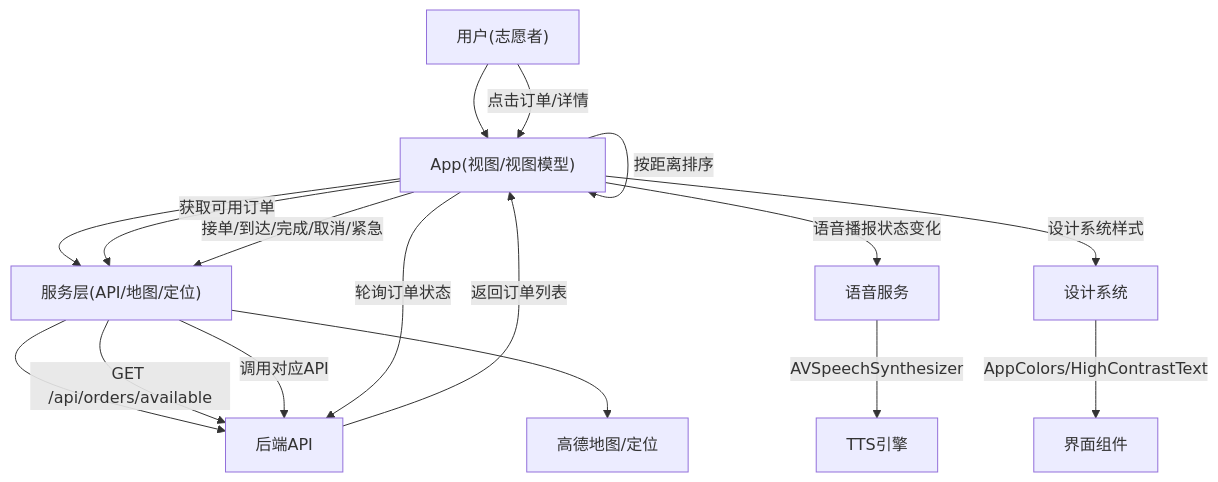
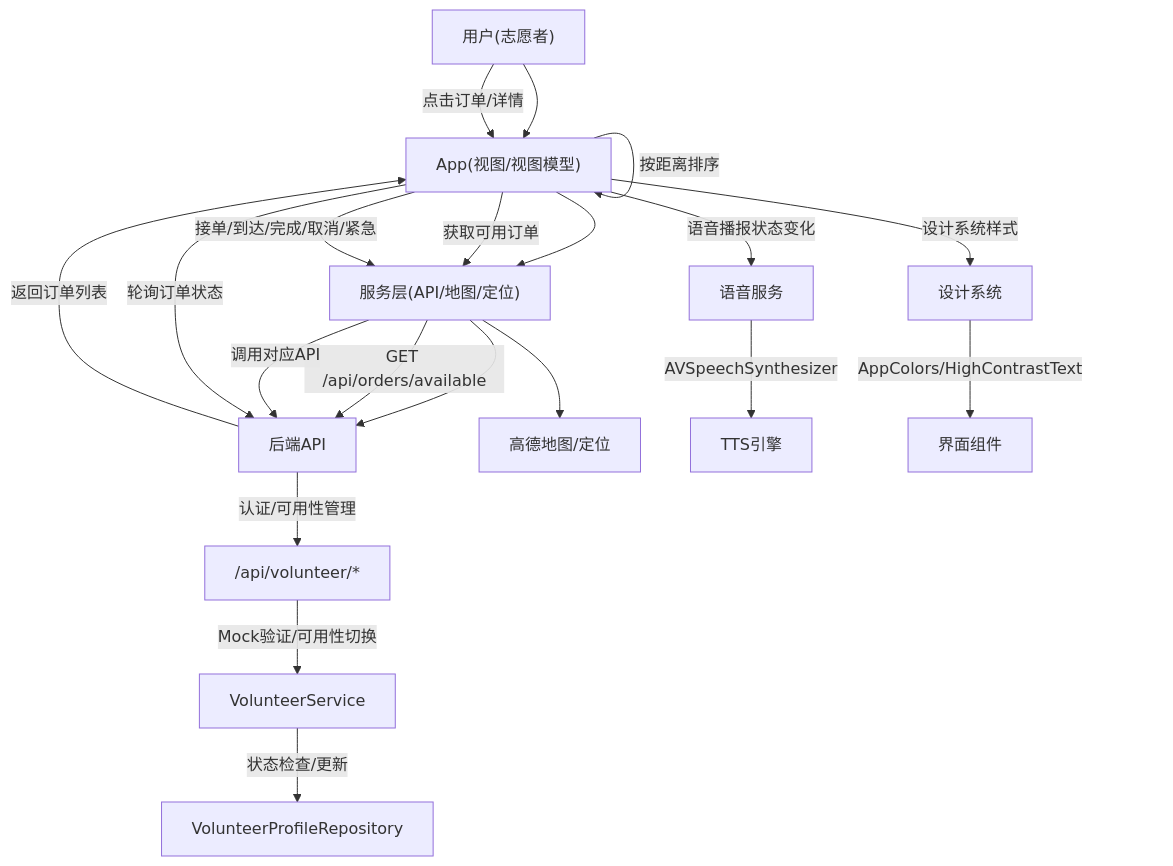
One commit to Jayden23018/blind-run-ios changed the second of 12 diagrams in .qoder/repowiki/zh/content/架构设计/模块化架构设计/Volunteer 志愿者模块.md. Above: the diagram before and after it, drawn with Mermaid. The commit also changed other lines of this file and 13 other files, not shown here.

Commit message:
Fix volunteer profile flow and acceptance guards

````diff
--- a/.qoder/repowiki/zh/content/架构设计/模块化架构设计/Volunteer 志愿者模块.md
+++ b/.qoder/repowiki/zh/content/架构设计/模块化架构设计/Volunteer 志愿者模块.md
@@ -112,19 +133,22 @@
 ```mermaid
 graph TB
 U["用户(志愿者)"] --> A["App(视图/视图模型)"]
 A --> S["服务层(API/地图/定位)"]
 S --> B["后端API"]
 S --> M["高德地图/定位"]
 A --> |"获取可用订单"| S
 S --> |"GET /api/orders/available"| B
 B --> |"返回订单列表"| A
 A --> |"按距离排序"| A
 U --> |"点击订单/详情"| A
 A --> |"接单/到达/完成/取消/紧急"| S
 S --> |"调用对应API"| B
 A --> |"轮询订单状态"| B
 A --> |"语音播报状态变化"| VS["语音服务"]
 VS --> |"AVSpeechSynthesizer"| TTS["TTS引擎"]
 A --> |"设计系统样式"| DS["设计系统"]
 DS --> |"AppColors/HighContrastText"| UI["界面组件"]
+B --> |"认证/可用性管理"| API["/api/volunteer/*"]
+API --> |"Mock验证/可用性切换"| Service["VolunteerService"]
+Service --> |"状态检查/更新"| Repo["VolunteerProfileRepository"]
 ```
````
